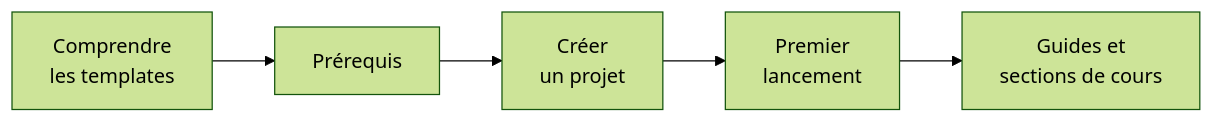
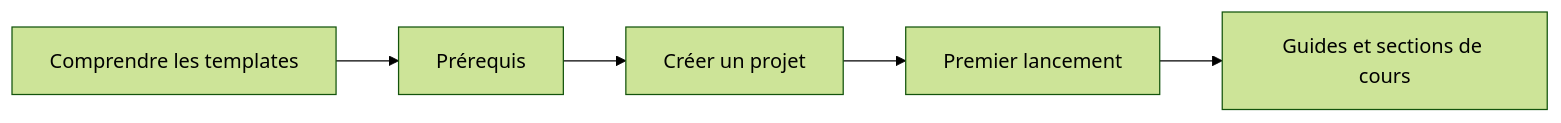
One commit to FlorianDrevet/template-CQRS changed the diagram in docs/wiki/Démarrer.md. Above: the diagram before and after it, drawn with Mermaid (forest theme). The commit also changed 16 other files, not shown here.

Commit message:
docs: fix reference review findings and strip HTML from wiki mermaid labels

````diff
--- a/docs/wiki/Démarrer.md
+++ b/docs/wiki/Démarrer.md
@@ -14,7 +14,7 @@
 ```mermaid
 graph LR
-    A[Comprendre<br/>les templates] --> B[Prérequis]
-    B --> C[Créer<br/>un projet]
-    C --> D[Premier<br/>lancement]
-    D --> E[Guides et<br/>sections de cours]
+    A[Comprendre les templates] --> B[Prérequis]
+    B --> C[Créer un projet]
+    C --> D[Premier lancement]
+    D --> E[Guides et sections de cours]
 ```
````
